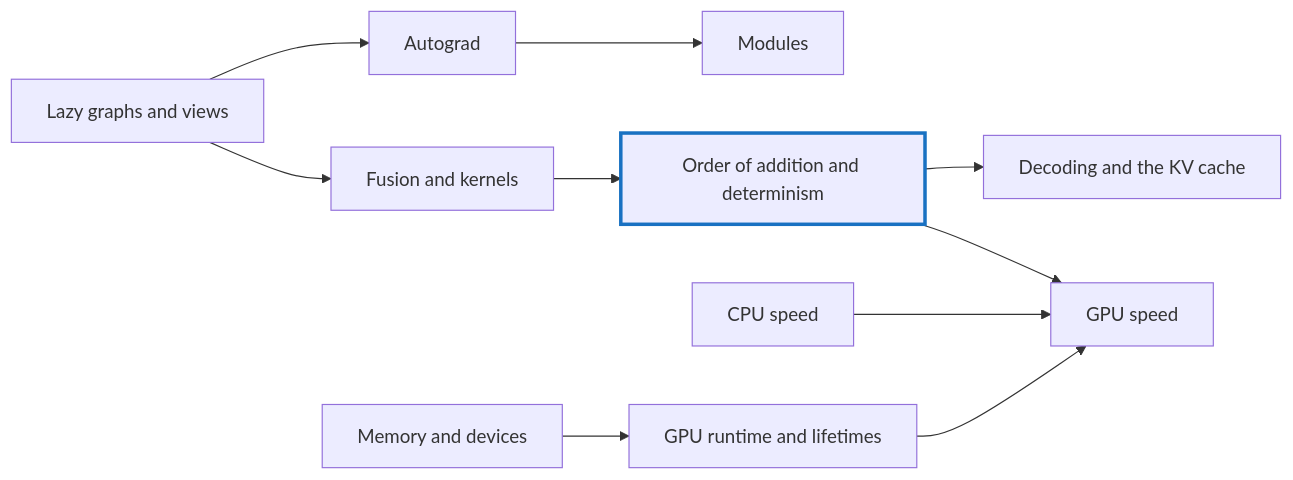
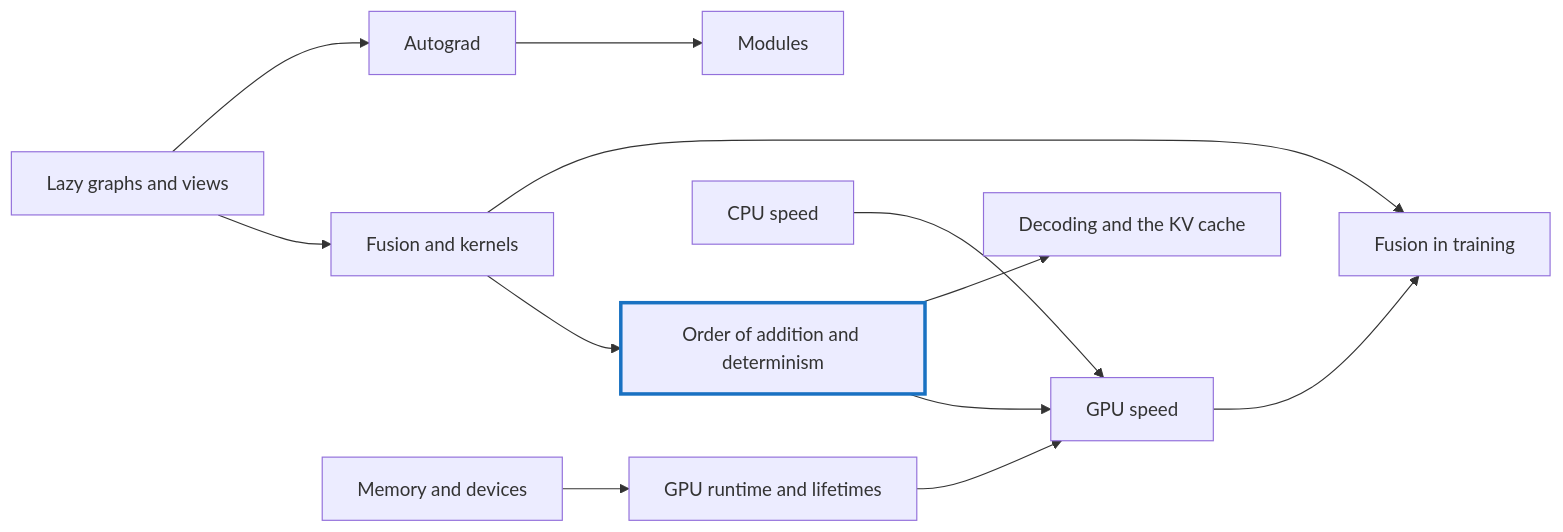
Before and after one commit to nogginly/tensomite.cr: the diagram in faq/README.md, drawn with Mermaid. The commit also changed other lines of this file and 5 other files, not shown here.

First line of the commit message:
FAQ: the theme on fusion in training, Q-AU to Q-AX

````diff
--- a/faq/README.md
+++ b/faq/README.md
@@ -7,13 +7,15 @@
 ```mermaid
 flowchart LR
     graphs["Lazy graphs and views"] --> fusion["Fusion and kernels"]
     graphs --> autograd["Autograd"]
     memory["Memory and devices"] --> runtime["GPU runtime and lifetimes"]
     fusion --> order["Order of addition and determinism"]
     order --> gpuspeed["GPU speed"]
     cpuspeed["CPU speed"] --> gpuspeed
     autograd --> modules["Modules"]
     order --> decode["Decoding and the KV cache"]
     runtime --> gpuspeed
+    gpuspeed --> training["Fusion in training"]
+    fusion --> training
     style order stroke:#1971c2,stroke-width:3px
 ```
````
